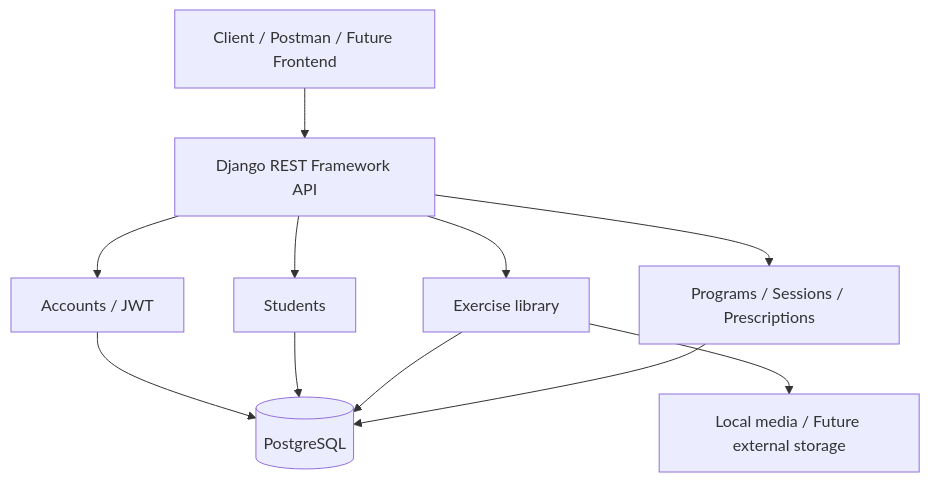
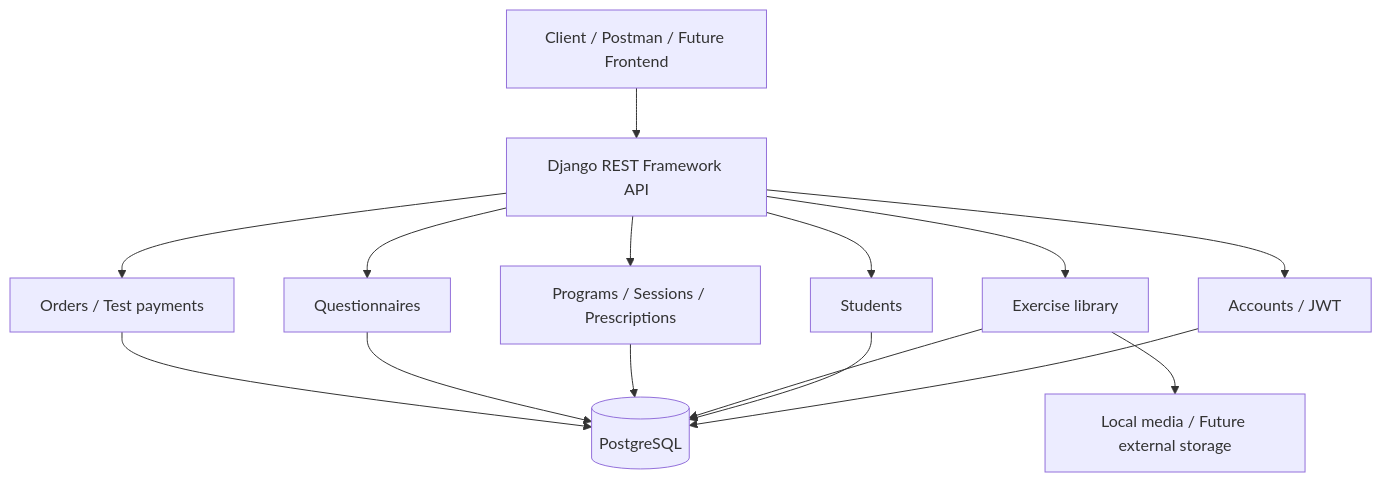
The first of 2 diagrams in README.md (arman-031/coach-management-system), drawn with Mermaid before and after one commit. The commit also changed other lines of this file and 23 other files, not shown here.

Commit message:
feat: add gateway-independent payment flow and tests

````diff
--- a/README.md
+++ b/README.md
@@ -77,13 +86,17 @@
 ```mermaid
 flowchart TD
     Client["Client / Postman / Future Frontend"] --> API["Django REST Framework API"]
     API --> Auth["Accounts / JWT"]
     API --> Students["Students"]
     API --> Exercises["Exercise library"]
     API --> Programs["Programs / Sessions / Prescriptions"]
+    API --> Questionnaires["Questionnaires"]
+    API --> Orders["Orders / Test payments"]
     Auth --> DB[(PostgreSQL)]
     Students --> DB
     Exercises --> DB
     Programs --> DB
+    Questionnaires --> DB
+    Orders --> DB
     Exercises --> Media["Local media / Future external storage"]
 ```
````
